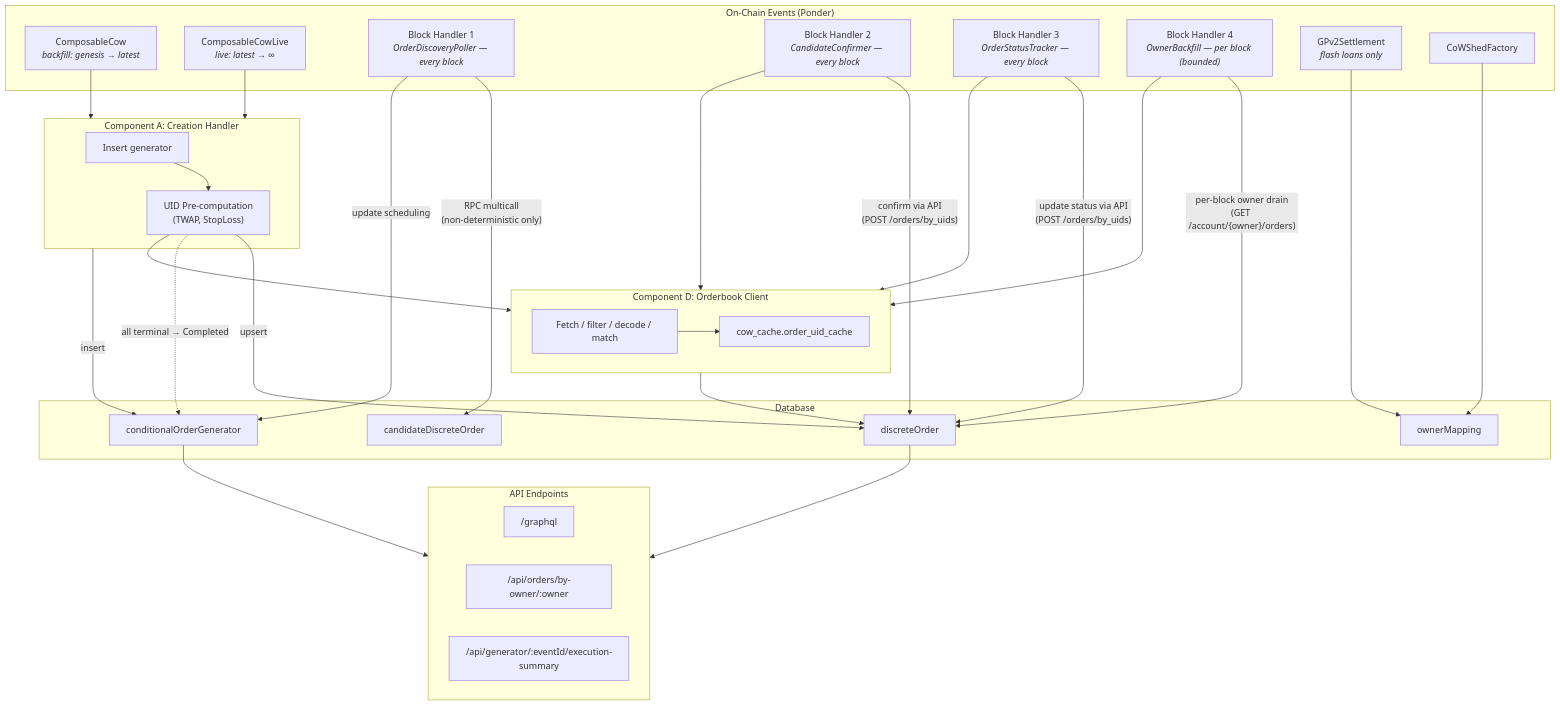
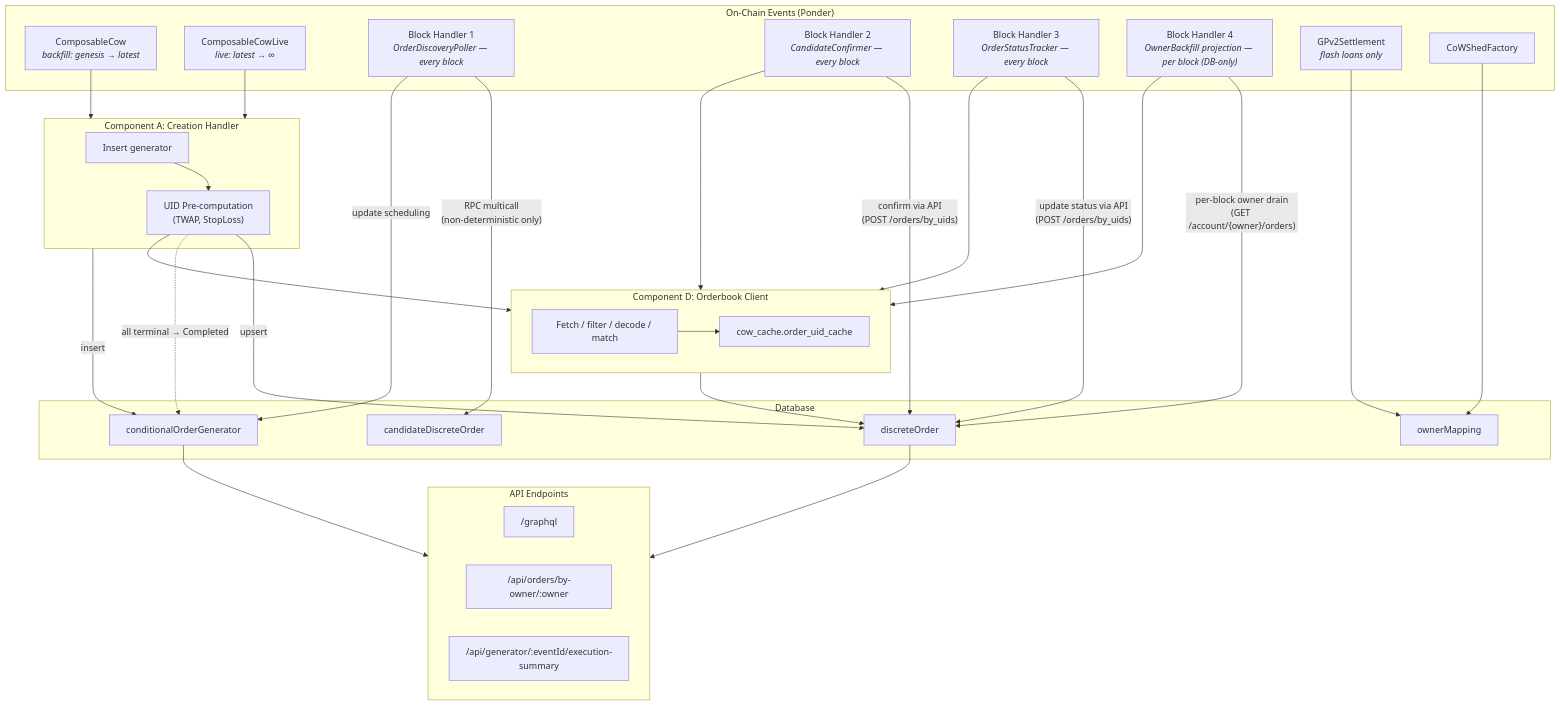
One commit to bleu/cow-programmatic-orders-api changed the first of 7 diagrams in agent_docs/orderbook-integration-flow.md. Above: the diagram before and after it, drawn with Mermaid. The commit also changed other lines of this file and 17 other files, not shown here.

````diff
--- a/agent_docs/orderbook-integration-flow.md
+++ b/agent_docs/orderbook-integration-flow.md
@@ -420,60 +422,60 @@
 ```mermaid
 flowchart TB
     subgraph OnChain["On-Chain Events (Ponder)"]
         CC["ComposableCow<br/><i>backfill: genesis → latest</i>"]
         CCL["ComposableCowLive<br/><i>live: latest → ∞</i>"]
         BH1["Block Handler 1<br/><i>OrderDiscoveryPoller — every block</i>"]
         BH2["Block Handler 2<br/><i>CandidateConfirmer — every block</i>"]
         BH3["Block Handler 3<br/><i>OrderStatusTracker — every block</i>"]
-        BH4["Block Handler 4<br/><i>OwnerBackfill — per block (bounded)</i>"]
+        BH4["Block Handler 4<br/><i>OwnerBackfill projection — per block (DB-only)</i>"]
         GPV["GPv2Settlement<br/><i>flash loans only</i>"]
         CSF["CoWShedFactory"]
     end
 
     subgraph CompA["Component A: Creation Handler"]
         AH["Insert generator"]
         AB["UID Pre-computation<br/>(TWAP, StopLoss)"]
         AH --> AB
     end
 
     subgraph CompD["Component D: Orderbook Client"]
         DFetch["Fetch / filter / decode / match"]
         DCache["cow_cache.order_uid_cache"]
         DFetch --> DCache
     end
 
     subgraph DB["Database"]
         Gen["conditionalOrderGenerator"]
         Cand["candidateDiscreteOrder"]
         Disc["discreteOrder"]
         OMap["ownerMapping"]
     end
 
     subgraph CompE["API Endpoints"]
         EGql["/graphql"]
         EOwner["/api/orders/by-owner/:owner"]
         ESum["/api/generator/:eventId/execution-summary"]
     end
 
     CC & CCL --> CompA
     GPV & CSF --> OMap
 
     CompA -->|insert| Gen
     AB -->|upsert| Disc
     AB -.->|all terminal → Completed| Gen
 
     BH1 -->|"RPC multicall<br/>(non-deterministic only)"| Cand
     BH1 -->|update scheduling| Gen
     BH2 -->|"confirm via API<br/>(POST /orders/by_uids)"| Disc
     BH3 -->|"update status via API<br/>(POST /orders/by_uids)"| Disc
     BH4 -->|"per-block owner drain<br/>(GET /account/{owner}/orders)"| Disc
 
     CompD --> Disc
     AB --> CompD
     BH2 --> CompD
     BH3 --> CompD
     BH4 --> CompD
 
     Disc --> CompE
     Gen --> CompE
 ```
````
